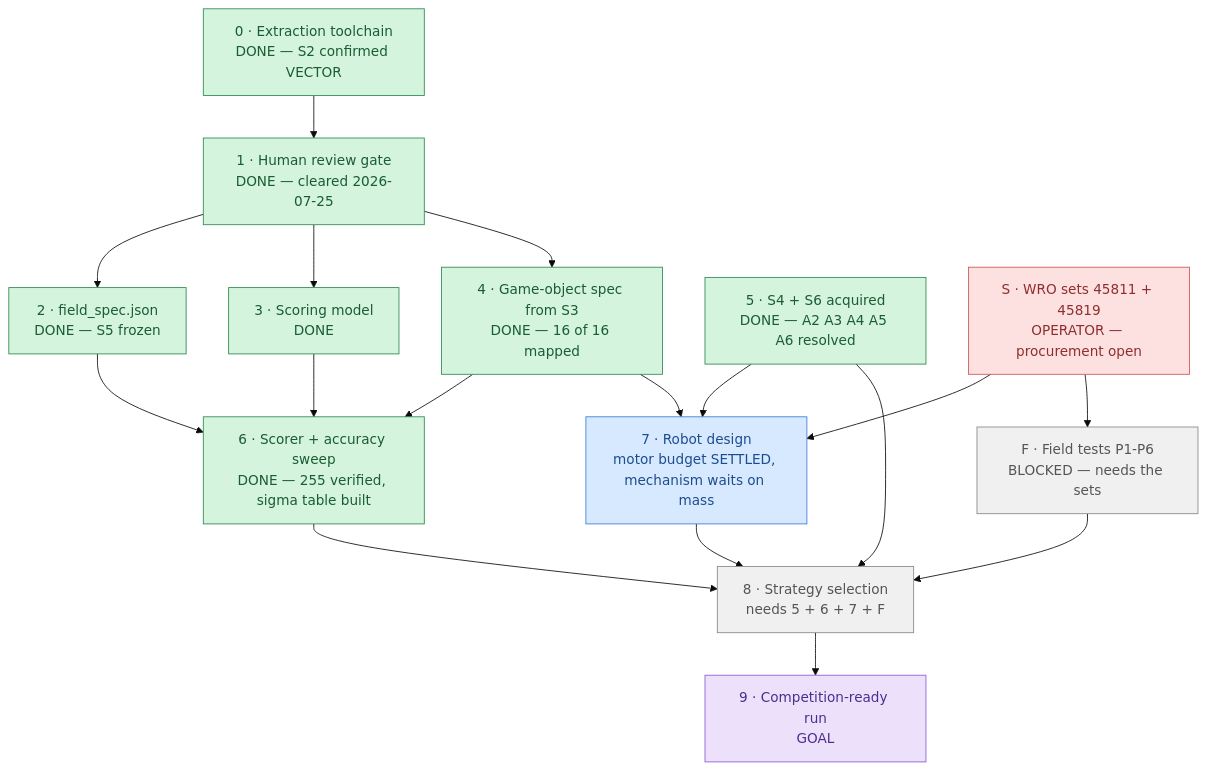
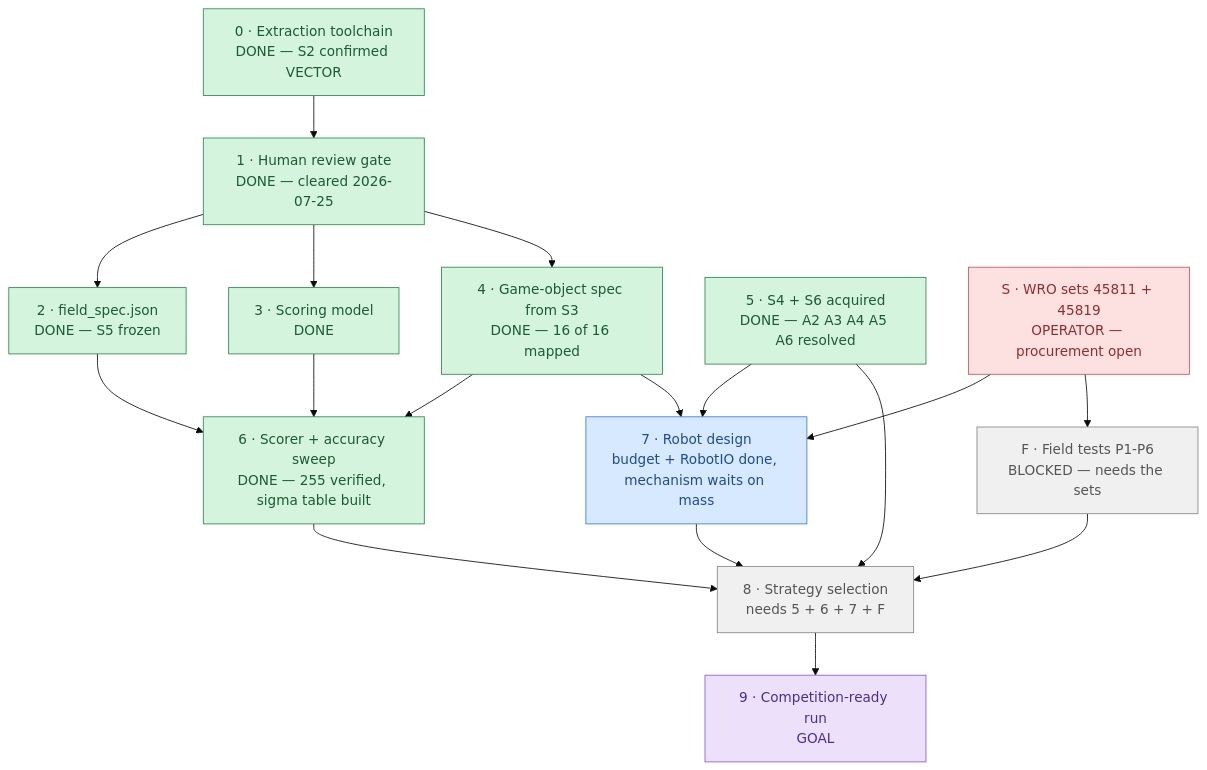
The diagram in docs/plans/ROADMAP.md (lumduan/wro-2026), drawn with Mermaid (base theme) before and after one commit. The commit also changed other lines of this file and 11 other files, not shown here.

````diff
--- a/docs/plans/ROADMAP.md
+++ b/docs/plans/ROADMAP.md
@@ -7,32 +7,32 @@
 ```mermaid
 flowchart TD
     P0["0 · Extraction toolchain<br/>DONE — S2 confirmed VECTOR"] --> P1["1 · Human review gate<br/>DONE — cleared 2026-07-25"]
     P1 --> P2["2 · field_spec.json<br/>DONE — S5 frozen"]
     P1 --> P3["3 · Scoring model<br/>DONE"]
     P1 --> P4["4 · Game-object spec from S3<br/>DONE — 16 of 16 mapped"]
     P2 --> P6["6 · Scorer + accuracy sweep<br/>DONE — 255 verified, sigma table built"]
     P3 --> P6
     P4 --> P6
-    P5["5 · S4 + S6 acquired<br/>DONE — A2 A3 A4 A5 A6 resolved"] --> P7["7 · Robot design<br/>motor budget SETTLED, mechanism waits on mass"]
+    P5["5 · S4 + S6 acquired<br/>DONE — A2 A3 A4 A5 A6 resolved"] --> P7["7 · Robot design<br/>budget + RobotIO done, mechanism waits on mass"]
     P4 --> P7
     SETS["S · WRO sets 45811 + 45819<br/>OPERATOR — procurement open"] --> P7
     SETS --> FT["F · Field tests P1-P6<br/>BLOCKED — needs the sets"]
     P6 --> P8["8 · Strategy selection<br/>needs 5 + 6 + 7 + F"]
     P7 --> P8
     P5 --> P8
     FT --> P8
     P8 --> P9["9 · Competition-ready run<br/>GOAL"]
 
     classDef done     fill:#d4f4dd,stroke:#2d8a4e,color:#1a5c33
     classDef active   fill:#fff3cd,stroke:#cc9a06,color:#7a5c04
     classDef ready    fill:#d6e9ff,stroke:#3b7dd8,color:#1e4d8f
     classDef blocked  fill:#f0f0f0,stroke:#888,color:#555
     classDef decision fill:#fde0e0,stroke:#d05555,color:#8f2e2e
     classDef goal     fill:#ede0fb,stroke:#8a5cd8,color:#4d2e8f
 
     class P0,P1,P2,P3,P4,P5,P6 done
     class P7 ready
     class SETS decision
     class FT,P8 blocked
     class P9 goal
 ```
````
